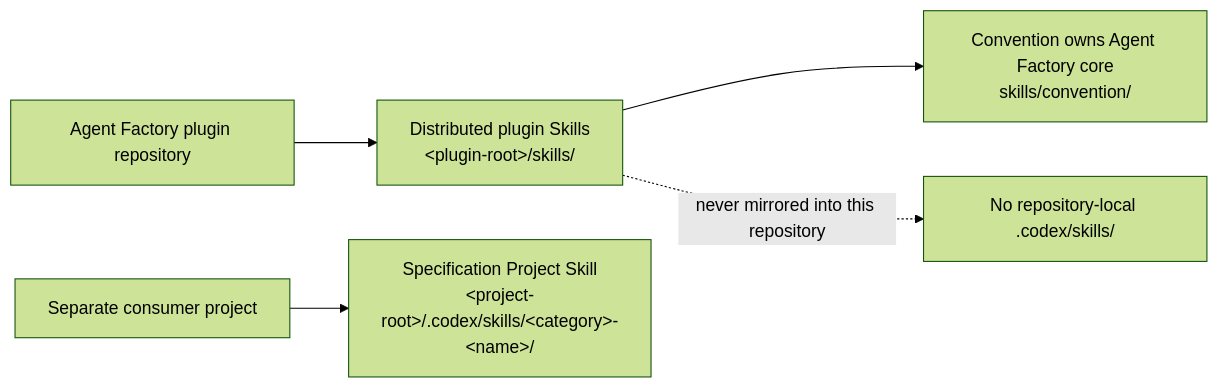
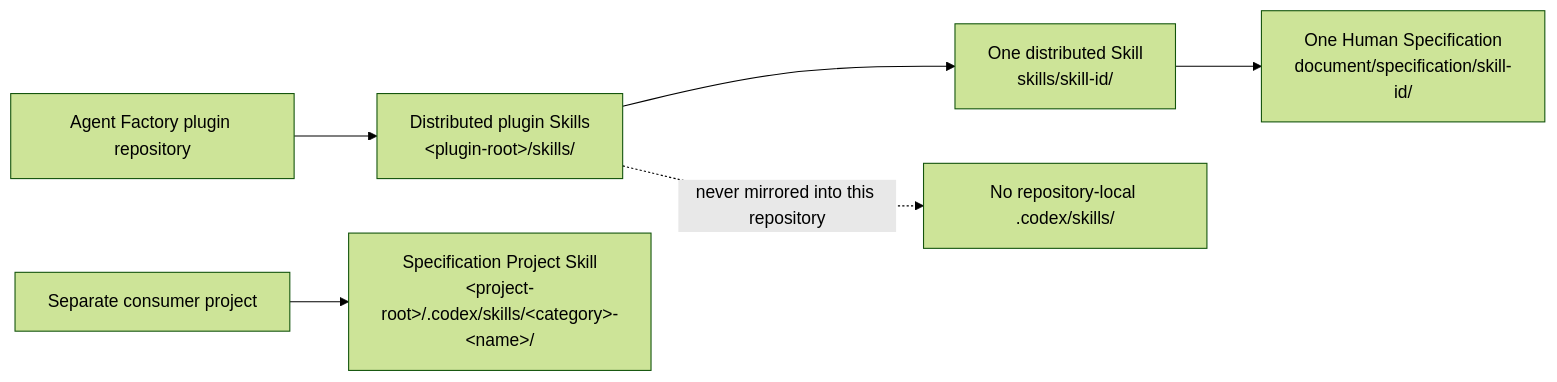
One commit to KoreanLeeChangHyun/agent-factory-codex-plugin changed the seventh of 9 diagrams in skills/convention/references/diagrams.md. Above: the diagram before and after it, drawn with Mermaid (forest theme). The commit also changed other lines of this file and 134 other files, not shown here.

````diff
--- a/skills/convention/references/diagrams.md
+++ b/skills/convention/references/diagrams.md
@@ -176,9 +181,10 @@
 ```mermaid
 flowchart LR
     accTitle: Distributed and Project Skill ownership
     accDescr: The plugin owns distributed Skills under skills while separate consumer projects own Specification Project Skills directly under their own .codex skills root.
     Plugin[Agent Factory plugin repository] --> Distributed[Distributed plugin Skills<br/>&lt;plugin-root&gt;/skills/]
-    Distributed --> Core[Convention owns Agent Factory core<br/>skills/convention/]
+    Distributed --> Core[One distributed Skill<br/>skills/skill-id/]
+    Core --> BindingOwner[One Human Specification<br/>document/specification/skill-id/]
     Consumer[Separate consumer project] --> ProjectSkill[Specification Project Skill<br/>&lt;project-root&gt;/.codex/skills/&lt;category&gt;-&lt;name&gt;/]
     Distributed -. never mirrored into this repository .-> NoCodex[No repository-local .codex/skills/]
 ```
````
